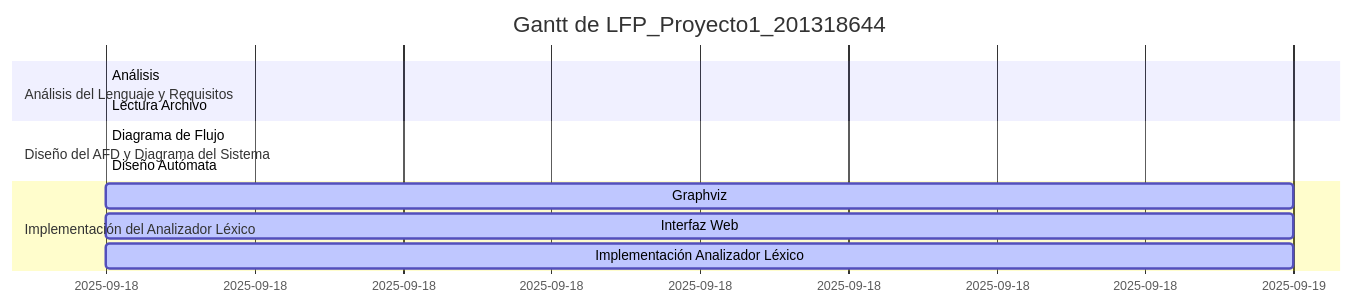
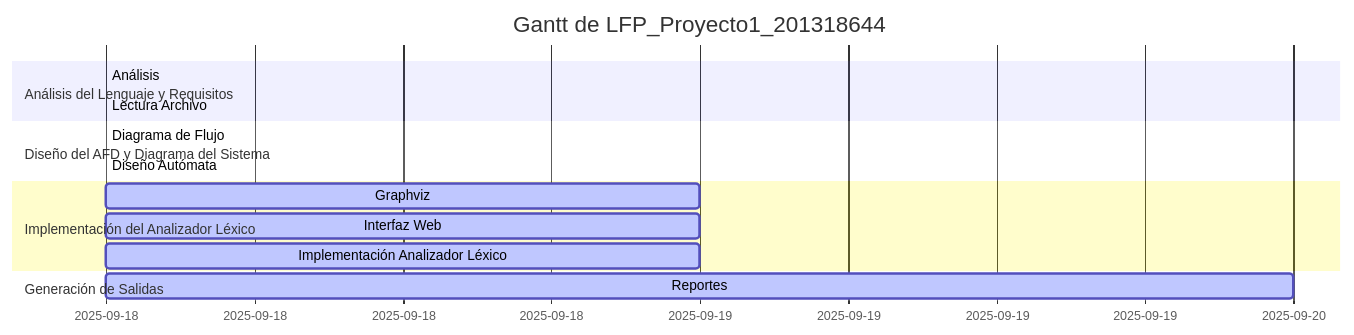
One commit to MynorCifuentes/TourneyJS changed the diagram in docs/gantt.md. Above: the diagram before and after it, drawn with Mermaid.

Commit message:
Actualiza diagrama de Gantt automático

````diff
--- a/docs/gantt.md
+++ b/docs/gantt.md
@@ -1,18 +1,19 @@
 ```mermaid
 gantt
     dateFormat  YYYY-MM-DD
     title Gantt de LFP_Proyecto1_201318644
     excludes    weekends
     section Análisis del Lenguaje y Requisitos
     Análisis :active, 2, 2025-09-18, 2025-09-18
     Lectura Archivo :active, 1, 2025-09-18, 2025-09-18
     section Diseño del AFD y Diagrama del Sistema
     Diagrama de Flujo :active, 4, 2025-09-18, 2025-09-18
     Diseño Autómata :active, 3, 2025-09-18, 2025-09-18
     section Implementación del Analizador Léxico
     Graphviz :active, 7, 2025-09-18, 2025-09-19
     Interfaz Web :active, 6, 2025-09-18, 2025-09-19
     Implementación Analizador Léxico :active, 5, 2025-09-18, 2025-09-19
     section Generación de Salidas
+    Reportes :active, 8, 2025-09-18, 2025-09-20
     section Pruebas, Corrección y Documentación
 ```
````
